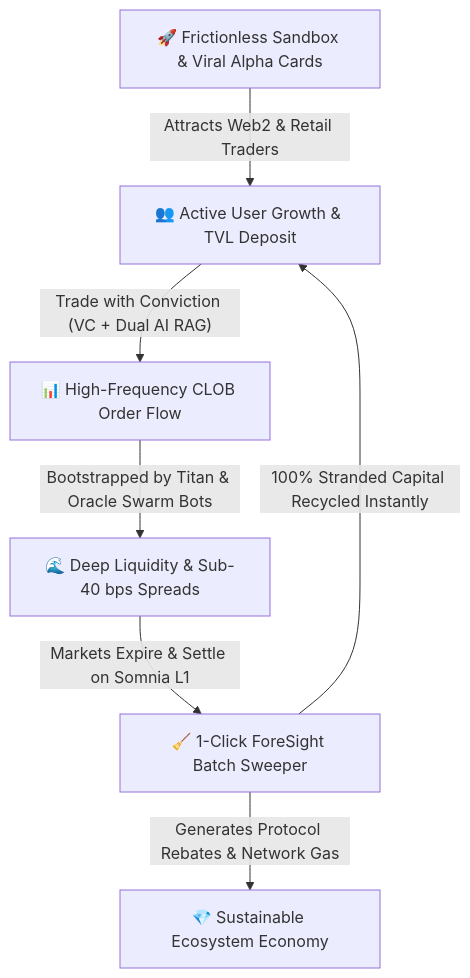
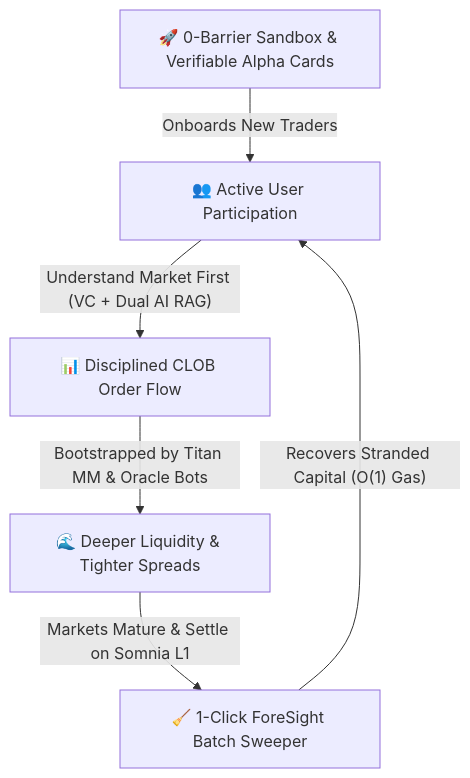
One commit to DanhCaTuanNgoc/ForeSight changed the diagram in README.md. Above: the diagram before and after it, drawn with Mermaid. The commit also changed other lines of this file, not shown here.

````diff
--- a/README.md
+++ b/README.md
@@ -334,9 +356,8 @@
 ```mermaid
 graph TD
-    A["🚀 Frictionless Sandbox & Viral Alpha Cards"] -->|"Attracts Web2 & Retail Traders"| B["👥 Active User Growth & TVL Deposit"]
-    B -->|"Trade with Conviction (VC + Dual AI RAG)"| C["📊 High-Frequency CLOB Order Flow"]
-    C -->|"Bootstrapped by Titan & Oracle Swarm Bots"| D["🌊 Deep Liquidity & Sub-40 bps Spreads"]
-    D -->|"Markets Expire & Settle on Somnia L1"| E["🧹 1-Click ForeSight Batch Sweeper"]
-    E -->|"100% Stranded Capital Recycled Instantly"| B
-    E -->|"Generates Protocol Rebates & Network Gas"| F["💎 Sustainable Ecosystem Economy"]
+    A["🚀 0-Barrier Sandbox & Verifiable Alpha Cards"] -->|"Onboards New Traders"| B["👥 Active User Participation"]
+    B -->|"Understand Market First (VC + Dual AI RAG)"| C["📊 Disciplined CLOB Order Flow"]
+    C -->|"Bootstrapped by Titan MM & Oracle Bots"| D["🌊 Deeper Liquidity & Tighter Spreads"]
+    D -->|"Markets Mature & Settle on Somnia L1"| E["🧹 1-Click ForeSight Batch Sweeper"]
+    E -->|"Recovers Stranded Capital (O(1) Gas)"| B
 ```
````
